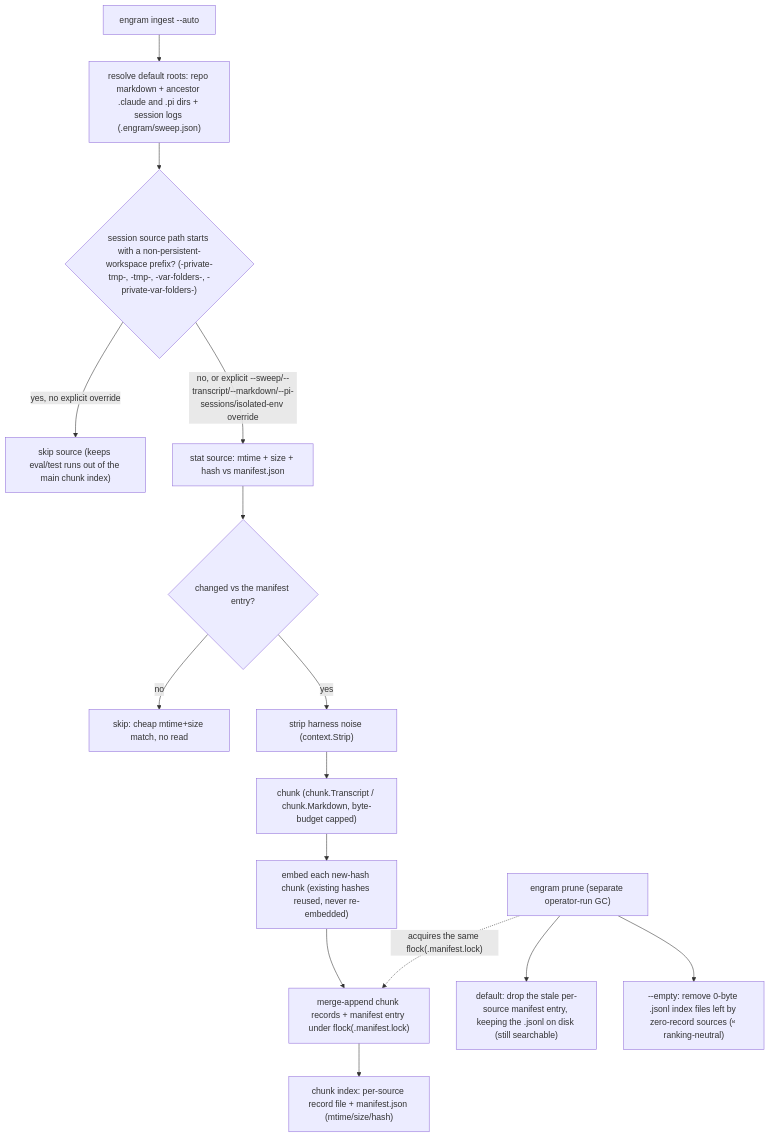
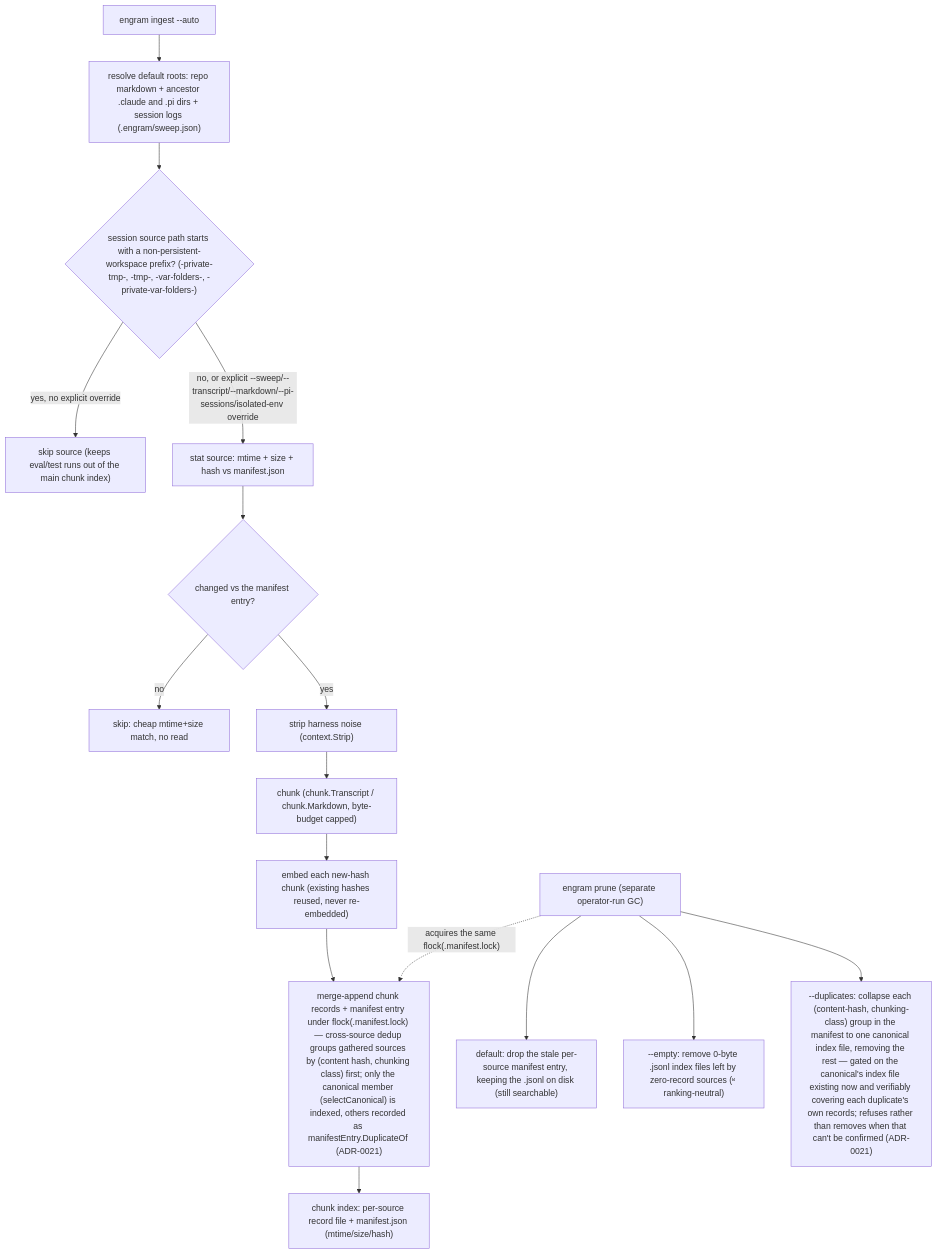
Before and after one commit to toejough/engram: the second of 8 diagrams in docs/architecture/c2-containers.md, drawn with Mermaid. The commit also changed other lines of this file and 10 other files, not shown here.

First line of the commit message:
docs: chunk-index dedup — ADR-0021, narrowed append-only claims, LEDGER row

````diff
--- a/docs/architecture/c2-containers.md
+++ b/docs/architecture/c2-containers.md
@@ -58,18 +58,19 @@
 ```mermaid
 flowchart TD
     A["engram ingest --auto"] --> B["resolve default roots: repo markdown + ancestor .claude and .pi dirs + session logs (.engram/sweep.json)"]
     B --> C{"session source path starts with a non-persistent-workspace prefix? (-private-tmp-, -tmp-, -var-folders-, -private-var-folders-)"}
     C -->|"yes, no explicit override"| SK["skip source (keeps eval/test runs out of the main chunk index)"]
     C -->|"no, or explicit --sweep/--transcript/--markdown/--pi-sessions/isolated-env override"| D["stat source: mtime + size + hash vs manifest.json"]
     D --> E{"changed vs the manifest entry?"}
     E -->|no| SK2["skip: cheap mtime+size match, no read"]
     E -->|yes| F["strip harness noise (context.Strip)"]
     F --> G["chunk (chunk.Transcript / chunk.Markdown, byte-budget capped)"]
     G --> H["embed each new-hash chunk (existing hashes reused, never re-embedded)"]
-    H --> I["merge-append chunk records + manifest entry under flock(.manifest.lock)"]
+    H --> I["merge-append chunk records + manifest entry under flock(.manifest.lock) — cross-source dedup groups gathered sources by (content hash, chunking class) first; only the canonical member (selectCanonical) is indexed, others recorded as manifestEntry.DuplicateOf (ADR-0021)"]
     I --> J["chunk index: per-source record file + manifest.json (mtime/size/hash)"]
 
     P["engram prune (separate operator-run GC)"] -.->|"acquires the same flock(.manifest.lock)"| I
     P --> Q["default: drop the stale per-source manifest entry, keeping the .jsonl on disk (still searchable)"]
     P --> Qe["--empty: remove 0-byte .jsonl index files left by zero-record sources (#694; ranking-neutral)"]
+    P --> Qd["--duplicates: collapse each (content-hash, chunking-class) group in the manifest to one canonical index file, removing the rest — gated on the canonical's index file existing now and verifiably covering each duplicate's own records; refuses rather than removes when that can't be confirmed (ADR-0021)"]
 ```
````
